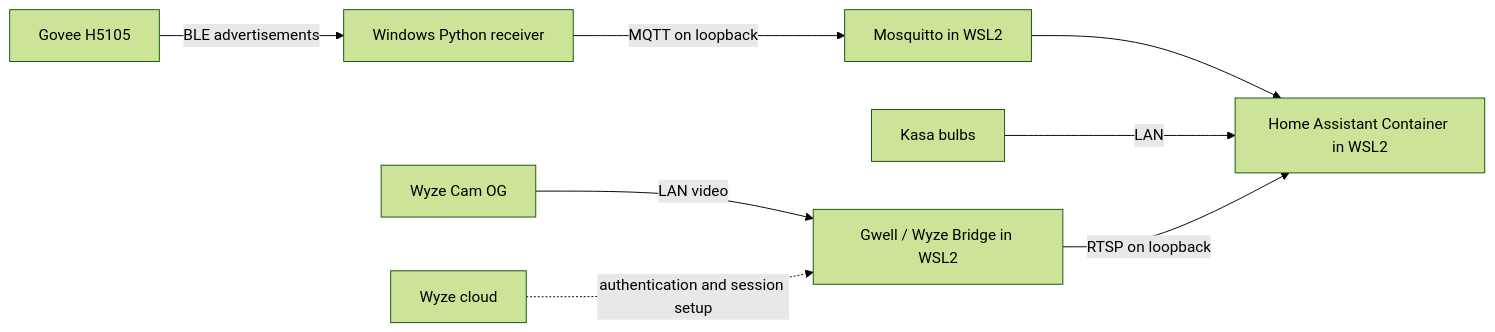
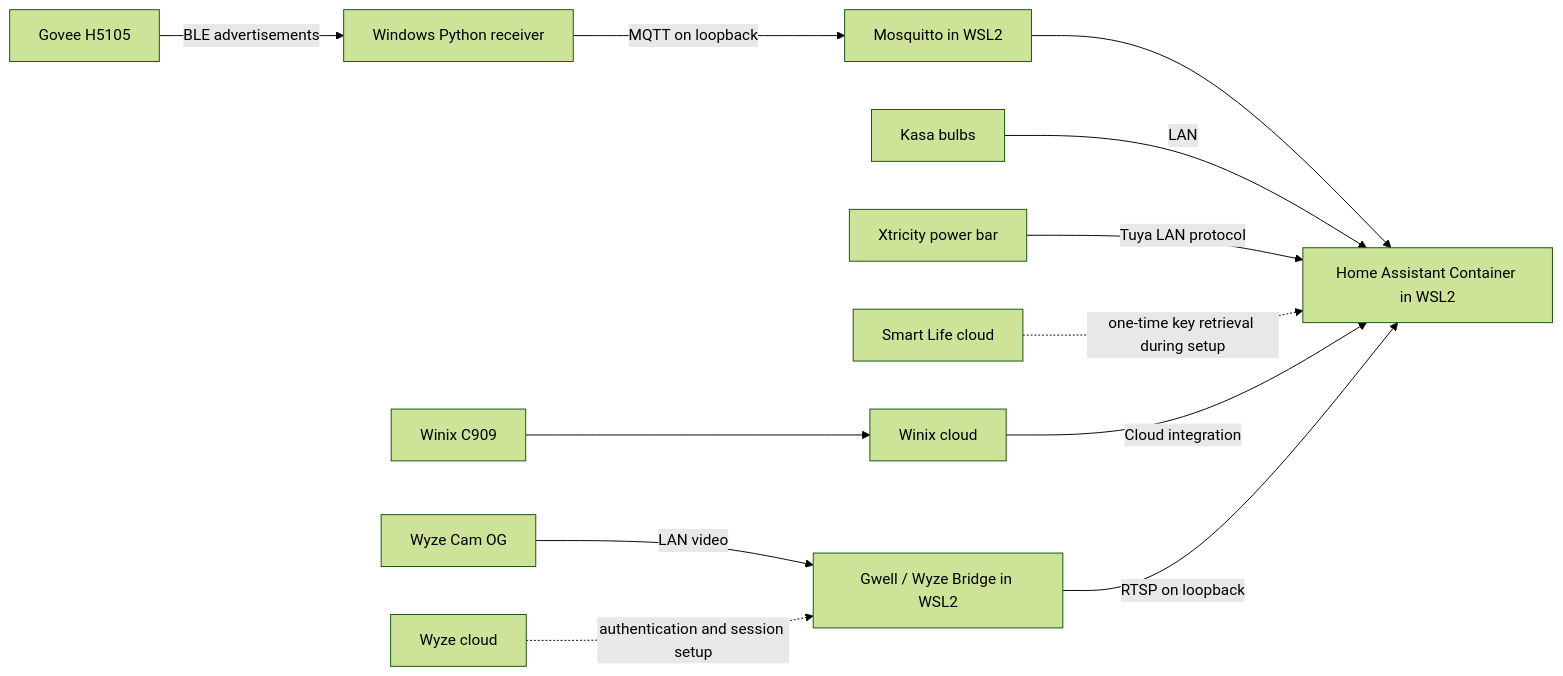
One commit to isoux35/home-assistant-windows-local changed the diagram in README.md. Above: the diagram before and after it, drawn with Mermaid (forest theme). The commit also changed other lines of this file and 6 other files, not shown here.

Commit message:
Document Winix cloud and Xtricity local setups

````diff
--- a/README.md
+++ b/README.md
@@ -19,10 +21,14 @@
 ```mermaid
 flowchart LR
   G[Govee H5105] -->|BLE advertisements| W[Windows Python receiver]
   W -->|MQTT on loopback| M[Mosquitto in WSL2]
   M --> H[Home Assistant Container in WSL2]
   K[Kasa bulbs] -->|LAN| H
+  P[Xtricity power bar] -->|Tuya LAN protocol| H
+  T[Smart Life cloud] -. one-time key retrieval during setup .-> H
+  A[Winix C909] --> X[Winix cloud]
+  X -->|Cloud integration| H
   C[Wyze Cam OG] -->|LAN video| B[Gwell / Wyze Bridge in WSL2]
   Y[Wyze cloud] -. authentication and session setup .-> B
   B -->|RTSP on loopback| H
 ```
````
